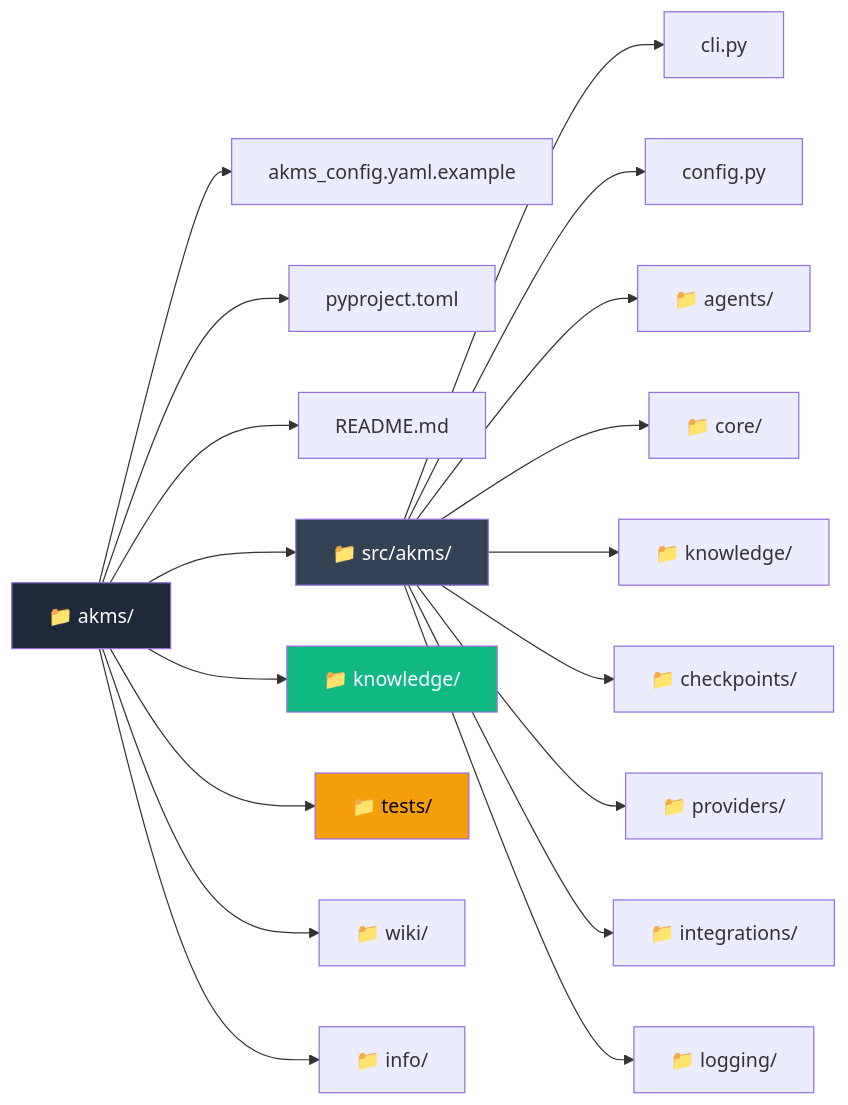
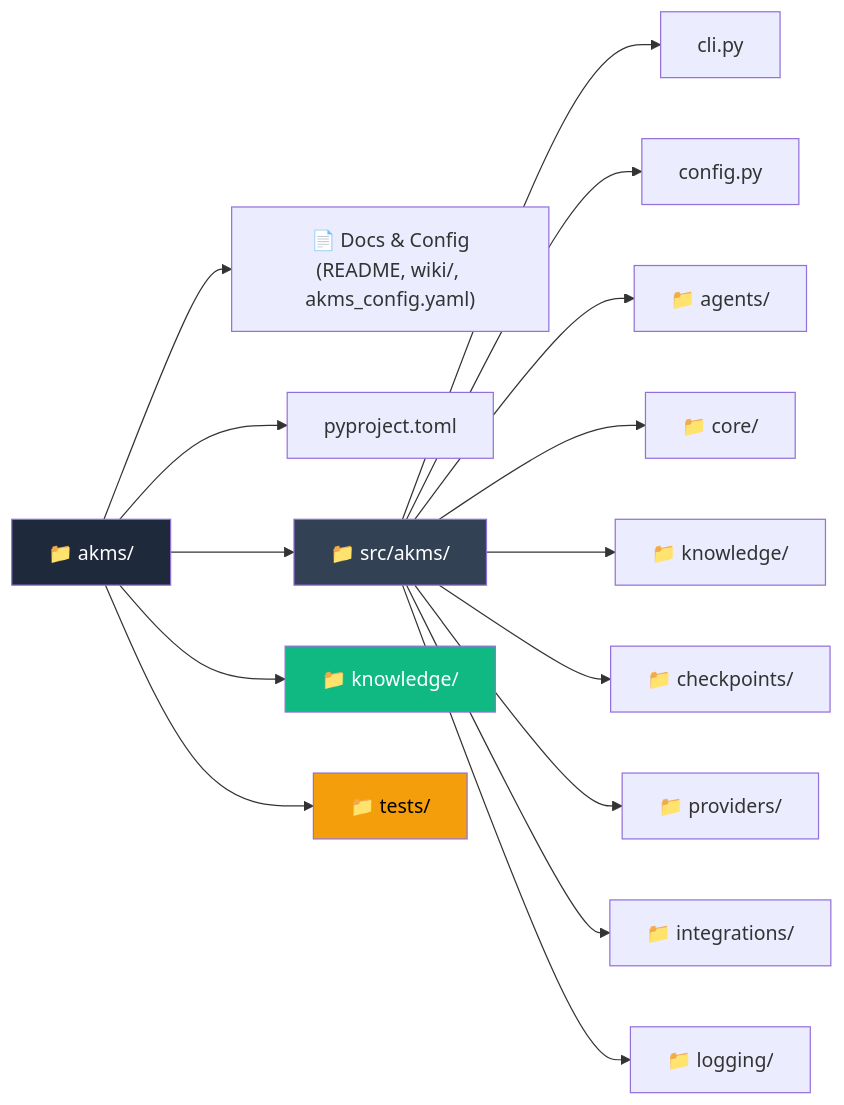
Before and after one commit to TheRealOP/Agent-Knowledge-Management-System: the second of 18 diagrams in how-this-works.md, drawn with Mermaid.

````diff
--- a/how-this-works.md
+++ b/how-this-works.md
@@ -65,27 +65,24 @@
 ```mermaid
 graph LR
     Root["📁 akms/"]
-    Root --> Config["akms_config.yaml.example"]
+    Root --> Docs["📄 Docs & Config\n(README, wiki/, akms_config.yaml)"]
     Root --> Pyproject["pyproject.toml"]
-    Root --> Readme["README.md"]
     Root --> SrcDir["📁 src/akms/"]
     Root --> KnowDir["📁 knowledge/"]
     Root --> TestDir["📁 tests/"]
-    Root --> WikiDir["📁 wiki/"]
-    Root --> InfoDir["📁 info/"]
 
     SrcDir --> CliPy["cli.py"]
     SrcDir --> ConfigPy["config.py"]
     SrcDir --> Agents["📁 agents/"]
     SrcDir --> Core["📁 core/"]
     SrcDir --> Knowledge["📁 knowledge/"]
     SrcDir --> Checkpoints["📁 checkpoints/"]
     SrcDir --> ProvidersDir["📁 providers/"]
     SrcDir --> Integrations["📁 integrations/"]
     SrcDir --> Logging["📁 logging/"]
 
     style Root fill:#1e293b,color:#fff
     style SrcDir fill:#334155,color:#fff
     style KnowDir fill:#10b981,color:#fff
     style TestDir fill:#f59e0b,color:#000
 ```
````
